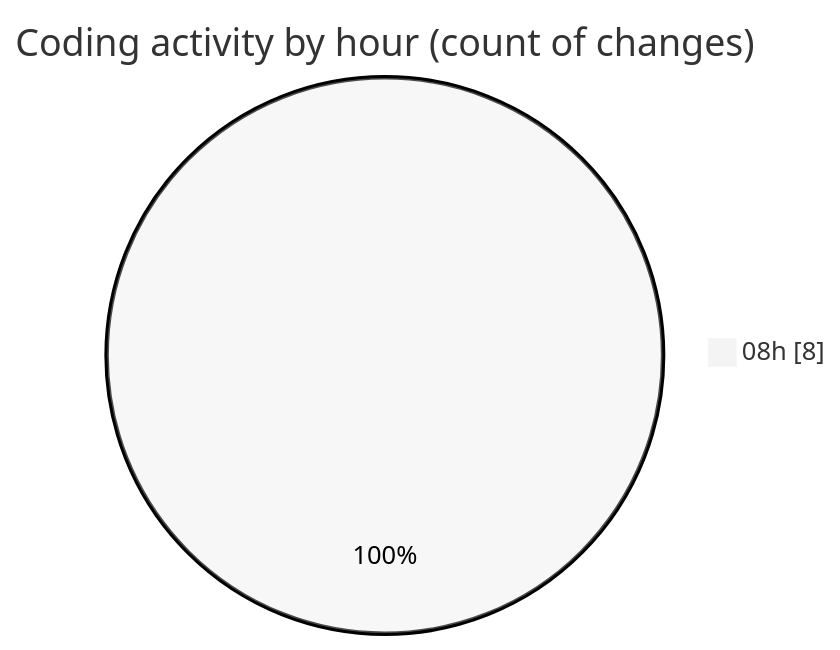
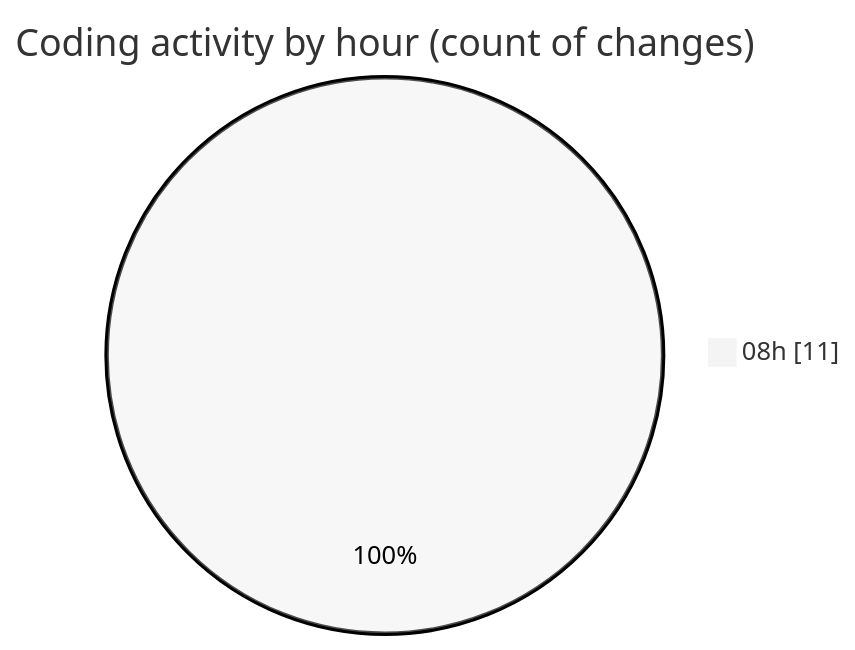
One commit to robertbonfada/code-tracking changed the second of 2 diagrams in 2025-01-13/termonied-web/README.md. Above: the diagram before and after it, drawn with Mermaid (neutral theme). The commit also changed other lines of this file and 1 other file, not shown here.

````diff
--- a/2025-01-13/termonied-web/README.md
+++ b/2025-01-13/termonied-web/README.md
@@ -30,5 +30,5 @@
 ```mermaid
 pie showData
 title Coding activity by hour (count of changes)
-"08h" : 8
+"08h" : 11
 ```
````
